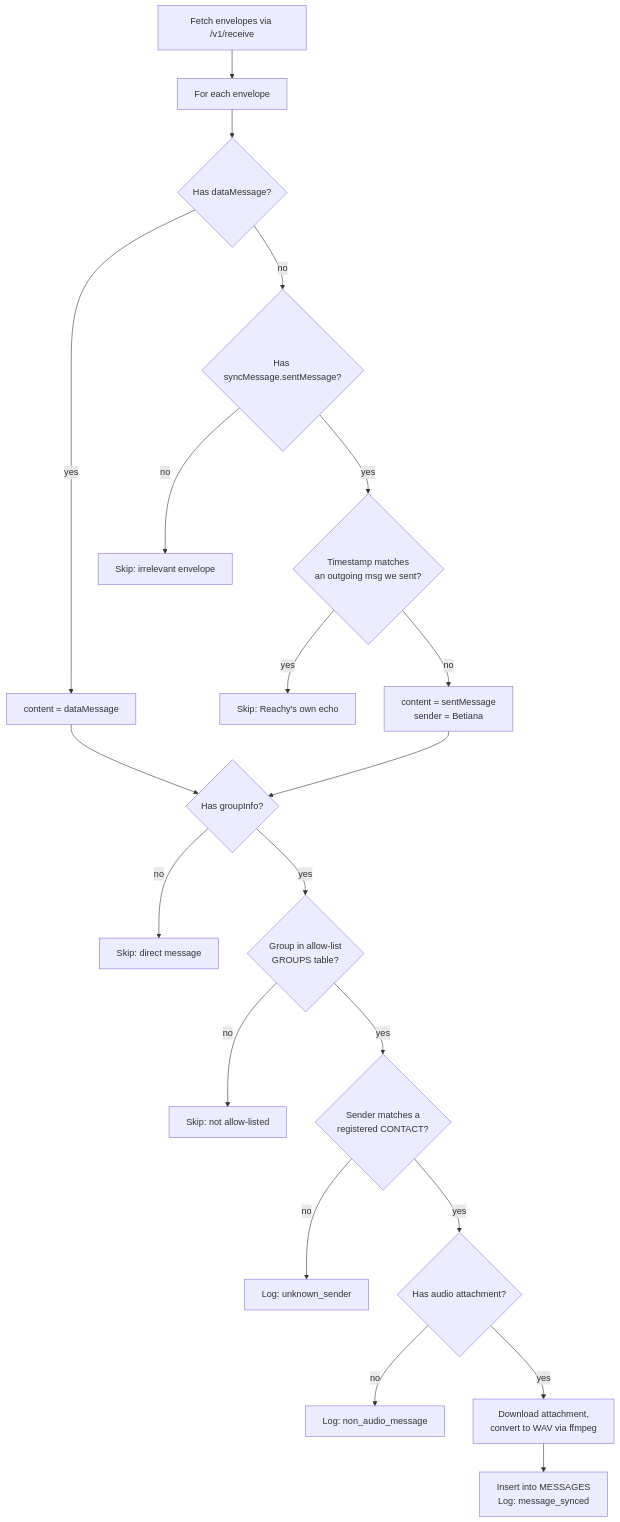
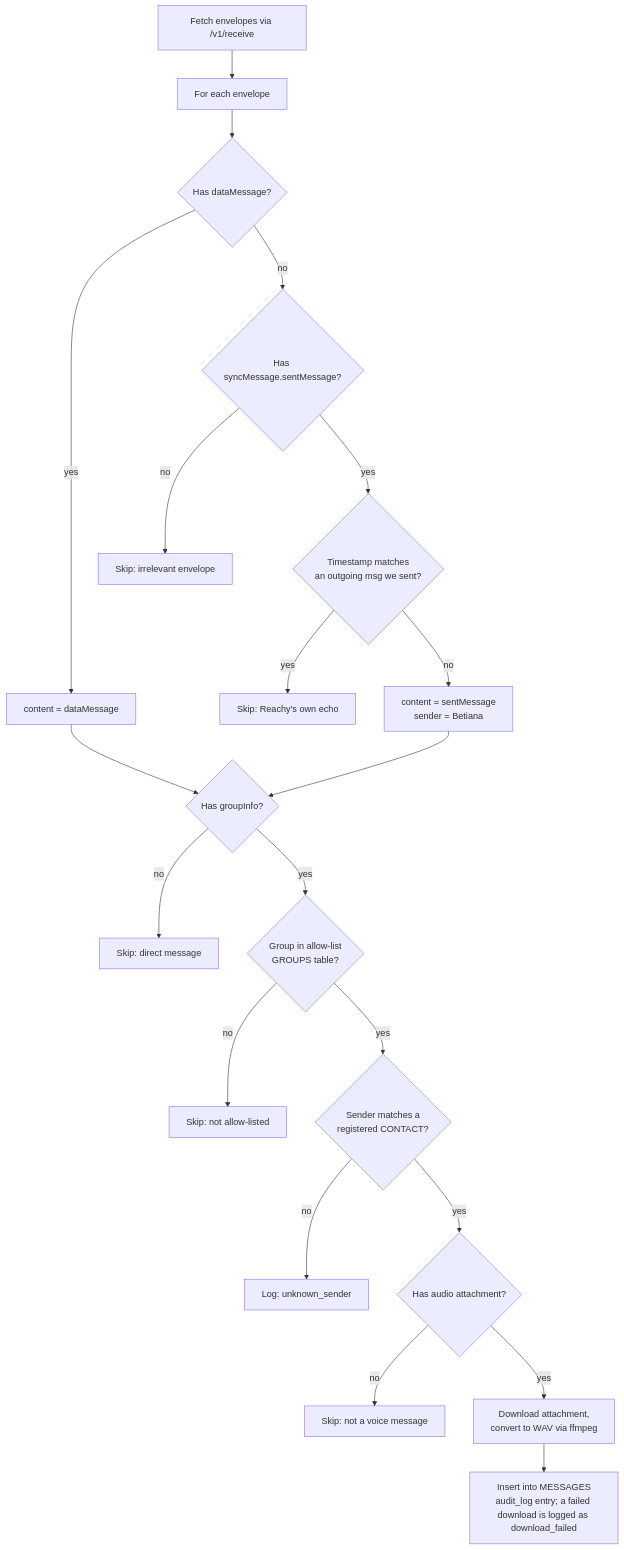
The second of 9 diagrams in docs/architecture/conversation-app.md (betiana688/lola-bla), drawn with Mermaid before and after one commit. The commit also changed other lines of this file and 5 other files, not shown here.

Commit message:
Docs: install flow, database reference, conversation app diagrams, Story 3 status; open point on unlink order

````diff
--- a/docs/architecture/conversation-app.md
+++ b/docs/architecture/conversation-app.md
@@ -30,22 +32,22 @@
 ```mermaid
 flowchart TD
     A[Fetch envelopes via /v1/receive] --> B[For each envelope]
     B --> C{Has dataMessage?}
     C -->|yes| D[content = dataMessage]
     C -->|no| E{Has syncMessage.sentMessage?}
     E -->|no| F[Skip: irrelevant envelope]
     E -->|yes| G{Timestamp matches<br/>an outgoing msg we sent?}
     G -->|yes| H[Skip: Reachy's own echo]
     G -->|no| I[content = sentMessage<br/>sender = Betiana]
     D --> J{Has groupInfo?}
     I --> J
     J -->|no| K[Skip: direct message]
     J -->|yes| L{Group in allow-list<br/>GROUPS table?}
     L -->|no| M[Skip: not allow-listed]
     L -->|yes| N{Sender matches a<br/>registered CONTACT?}
     N -->|no| O[Log: unknown_sender]
     N -->|yes| P{Has audio attachment?}
-    P -->|no| Q[Log: non_audio_message]
+    P -->|no| Q[Skip: not a voice message]
     P -->|yes| R[Download attachment,<br/>convert to WAV via ffmpeg]
-    R --> S[Insert into MESSAGES<br/>Log: message_synced]
+    R --> S[Insert into MESSAGES<br/>audit_log entry; a failed download is logged as download_failed]
 ```
````
